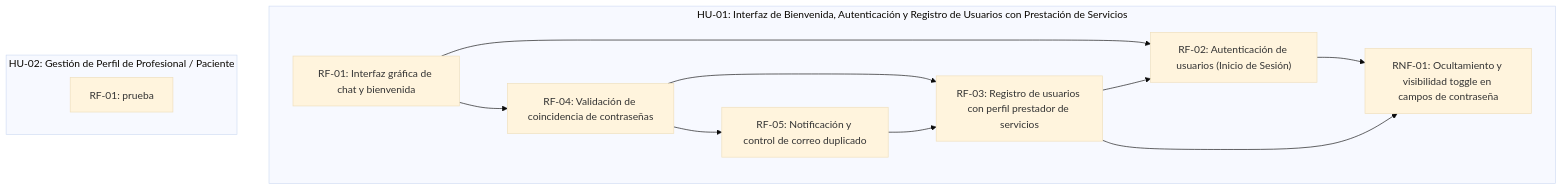
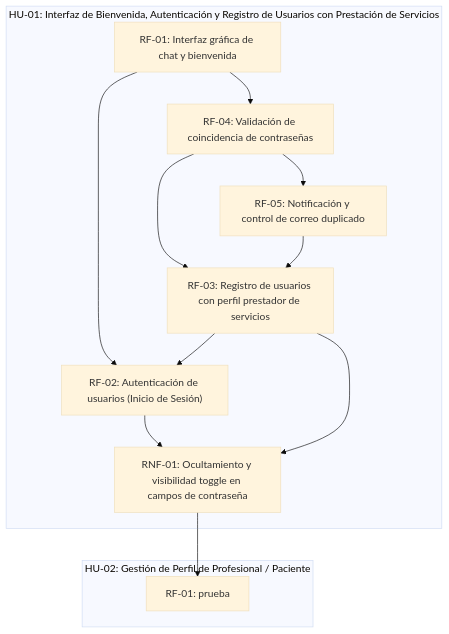
One commit to fiemcasals/refactoryProfesionales changed the diagram in docs/grafo.md. Above: the diagram before and after it, drawn with Mermaid (base theme). The commit also changed other lines of this file, not shown here.

````diff
--- a/docs/grafo.md
+++ b/docs/grafo.md
@@ -5,22 +5,23 @@
 ```mermaid
 graph TD
   subgraph US_1785510643692["HU-01: Interfaz de Bienvenida, Autenticación y Registro de Usuarios con Prestación de Servicios"]
     REQ_1785771199977["RF-01: Interfaz gráfica de chat y bienvenida"]
     REQ_1785771214294["RF-02: Autenticación de usuarios (Inicio de Sesión)"]
     REQ_1785771214393["RF-03: Registro de usuarios con perfil prestador de servicios"]
     REQ_1785771214462["RF-04: Validación de coincidencia de contraseñas"]
     REQ_1785771214528["RF-05: Notificación y control de correo duplicado"]
     REQ_1785771214595["RNF-01: Ocultamiento y visibilidad toggle en campos de contraseña"]
   end
   subgraph US_1785769796519["HU-02: Gestión de Perfil de Profesional / Paciente"]
     REQ_1786726707284["RF-01: prueba"]
   end
   REQ_1785771199977 --> REQ_1785771214294
   REQ_1785771214393 --> REQ_1785771214294
   REQ_1785771214462 --> REQ_1785771214393
   REQ_1785771214528 --> REQ_1785771214393
   REQ_1785771199977 --> REQ_1785771214462
   REQ_1785771214462 --> REQ_1785771214528
   REQ_1785771214294 --> REQ_1785771214595
   REQ_1785771214393 --> REQ_1785771214595
+  REQ_1785771214595 --> REQ_1786726707284
 ```
````
